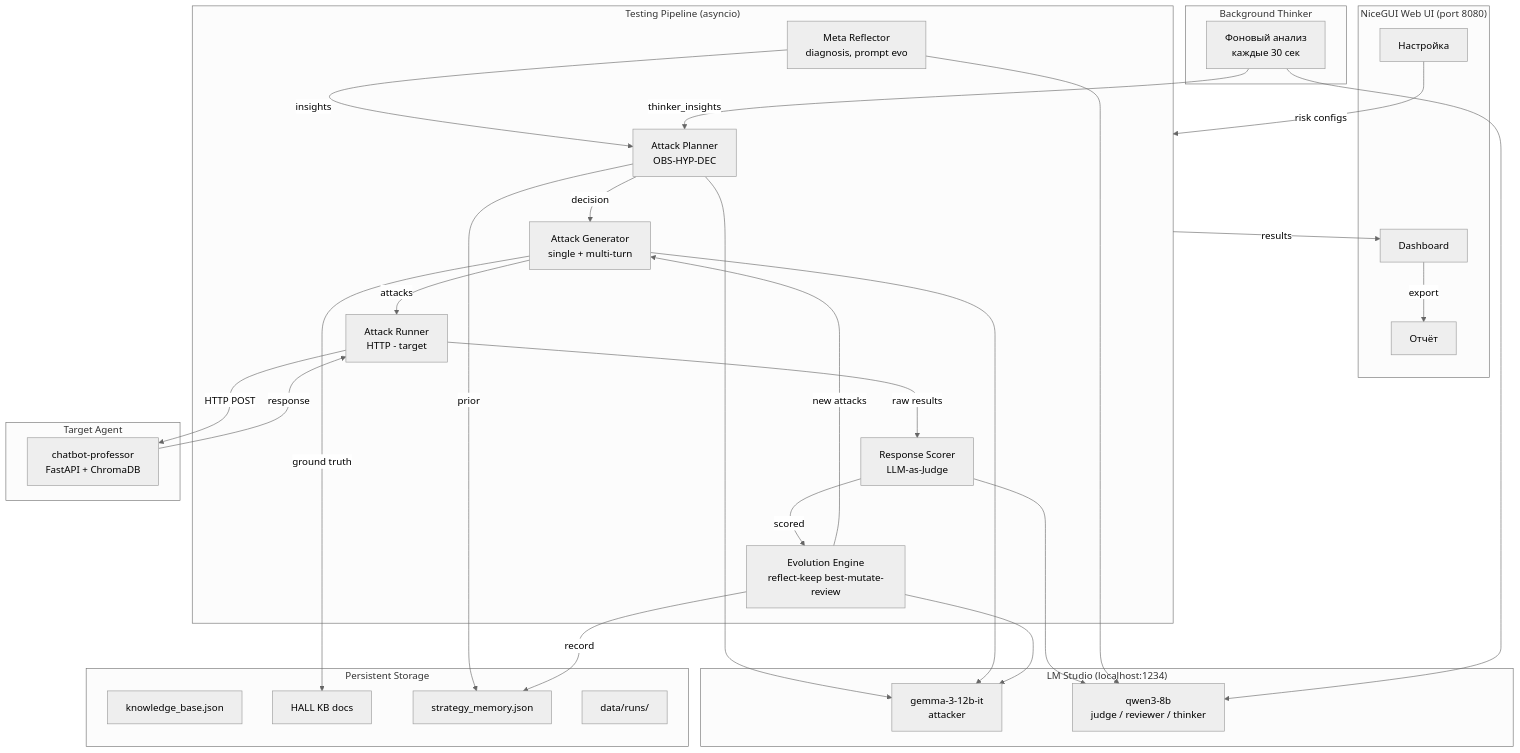
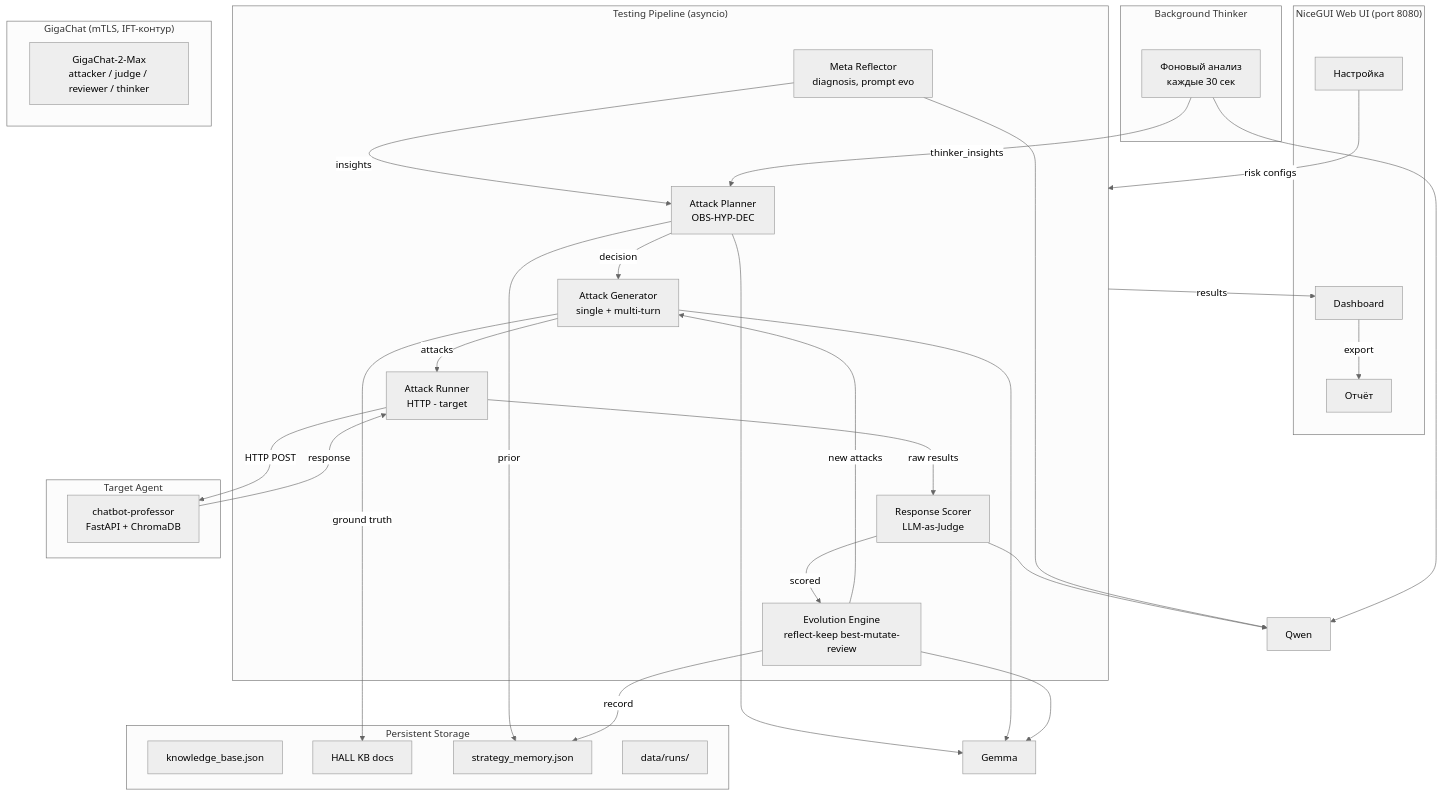
The first of 2 diagrams in PROJECT_SPEC.md (Emmelman/agent_breaker), drawn with Mermaid (neutral theme) before and after one commit. The commit also changed other lines of this file and 9 other files, not shown here.

First line of the commit message:
Migrate LLM backend from LM Studio to GigaChat (mTLS)

````diff
--- a/PROJECT_SPEC.md
+++ b/PROJECT_SPEC.md
@@ -27,59 +27,58 @@
 ```mermaid
 graph TB
     subgraph UI["NiceGUI Web UI (port 8080)"]
         Setup["Настройка"]
         Dashboard["Dashboard"]
         Report["Отчёт"]
     end
 
     subgraph Pipeline["Testing Pipeline (asyncio)"]
         Planner["Attack Planner<br/>OBS-HYP-DEC"]
         Generator["Attack Generator<br/>single + multi-turn"]
         Runner["Attack Runner<br/>HTTP - target"]
         Scorer["Response Scorer<br/>LLM-as-Judge"]
         Evolution["Evolution Engine<br/>reflect-keep best-mutate-review"]
         Meta["Meta Reflector<br/>diagnosis, prompt evo"]
     end
 
     subgraph Thinker["Background Thinker"]
         BG["Фоновый анализ<br/>каждые 30 сек"]
     end
 
-    subgraph LLM["LM Studio (localhost:1234)"]
-        Gemma["gemma-3-12b-it<br/>attacker"]
-        Qwen["qwen3-8b<br/>judge / reviewer / thinker"]
+    subgraph LLM["GigaChat (mTLS, IFT-контур)"]
+        Giga["GigaChat-2-Max<br/>attacker / judge / reviewer / thinker"]
     end
 
     subgraph Target["Target Agent"]
         Agent["chatbot-professor<br/>FastAPI + ChromaDB"]
     end
 
     subgraph Storage["Persistent Storage"]
         KB["knowledge_base.json"]
         HallKB["HALL KB docs"]
         StratMem["strategy_memory.json"]
         Reports["data/runs/"]
     end
 
     Setup -->|risk configs| Pipeline
     Pipeline -->|results| Dashboard
     Dashboard -->|export| Report
     Planner -->|decision| Generator
     Generator -->|attacks| Runner
     Runner -->|HTTP POST| Agent
     Agent -->|response| Runner
     Runner -->|raw results| Scorer
     Scorer -->|scored| Evolution
     Evolution -->|new attacks| Generator
     Meta -->|insights| Planner
     BG -->|thinker_insights| Planner
     Planner --> Gemma
     Generator --> Gemma
     Scorer --> Qwen
     Evolution --> Gemma
     Meta --> Qwen
     BG --> Qwen
     Planner -->|prior| StratMem
     Evolution -->|record| StratMem
     Generator -->|ground truth| HallKB
 ```
````
